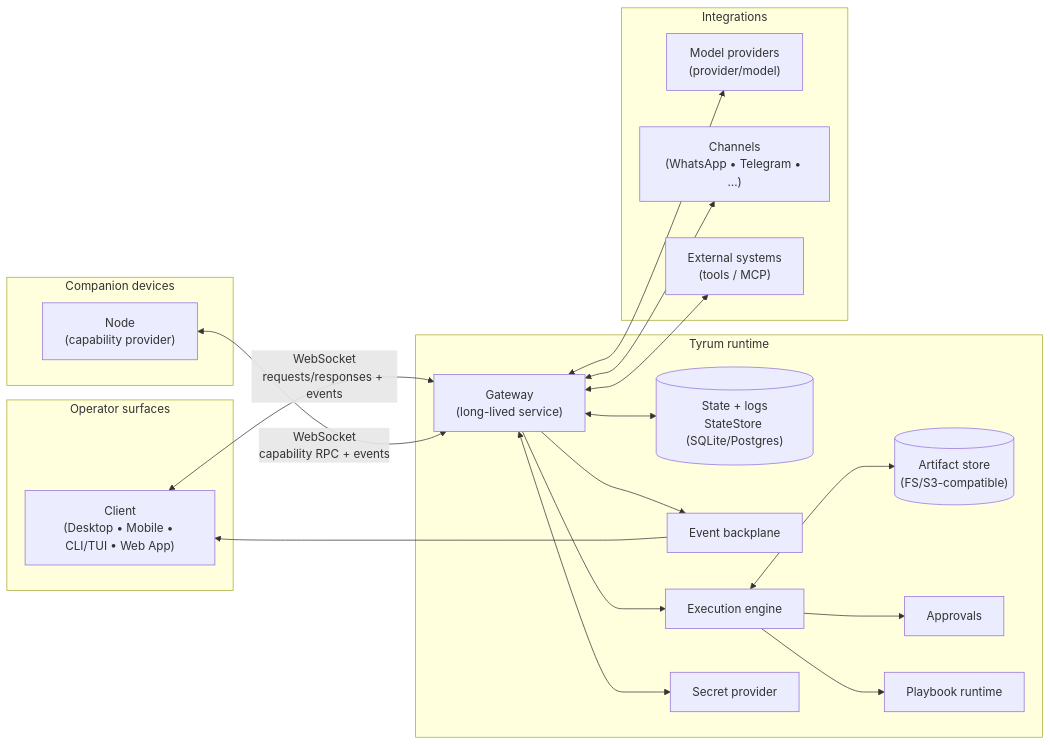
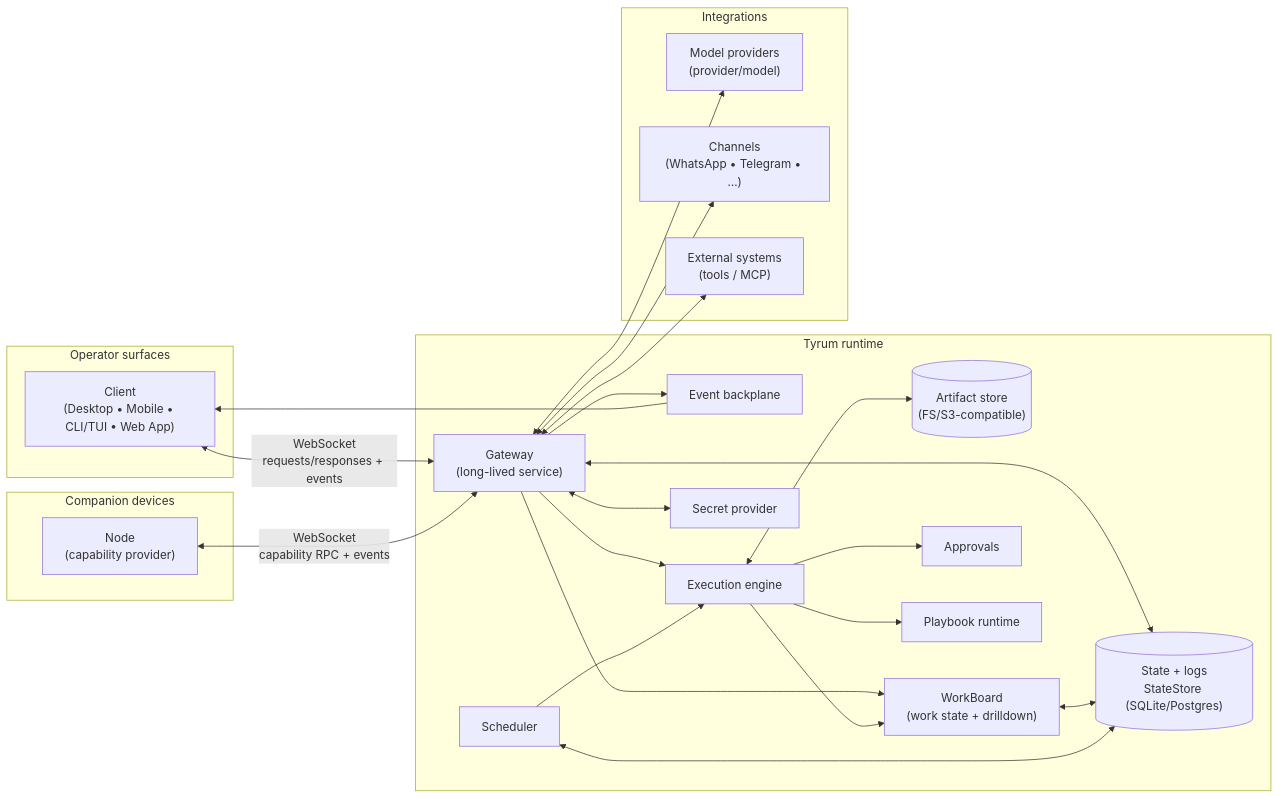
The diagram in docs/architecture/index.md (tyrumai/tyrum), drawn with Mermaid before and after one commit. The commit also changed other lines of this file and 13 other files, not shown here.

Commit message:
Document WorkBoard drilldown and work focus digest

````diff
--- a/docs/architecture/index.md
+++ b/docs/architecture/index.md
@@ -26,41 +26,48 @@
 ```mermaid
 flowchart LR
   subgraph Operator["Operator surfaces"]
     C["Client<br/>(Desktop • Mobile • CLI/TUI • Web App)"]
   end
 
   subgraph Runtime["Tyrum runtime"]
     G["Gateway<br/>(long-lived service)"]
     DB[("State + logs<br/>StateStore (SQLite/Postgres)")]
     AS[("Artifact store<br/>(FS/S3-compatible)")]
     EV["Event backplane"]
     ENG["Execution engine"]
+    WB["WorkBoard<br/>(work state + drilldown)"]
     APPR["Approvals"]
+    SCH["Scheduler"]
     PB["Playbook runtime"]
     SEC["Secret provider"]
   end
 
   subgraph Devices["Companion devices"]
     N["Node<br/>(capability provider)"]
   end
 
   subgraph Integrations["Integrations"]
     M["Model providers<br/>(provider/model)"]
     CH["Channels<br/>(WhatsApp • Telegram • …)"]
     EXT["External systems<br/>(tools / MCP)"]
   end
 
   C <--> |"WebSocket<br/>requests/responses + events"| G
   N <--> |"WebSocket<br/>capability RPC + events"| G
   G <--> DB
   ENG <--> AS
+  WB <--> DB
   G --> EV
   EV --> C
   G --> ENG
+  G --> WB
+  ENG --> WB
+  SCH <--> DB
+  SCH --> ENG
   ENG --> APPR
   ENG --> PB
   G <--> SEC
   G <--> M
   G <--> CH
   G <--> EXT
 ```
````
